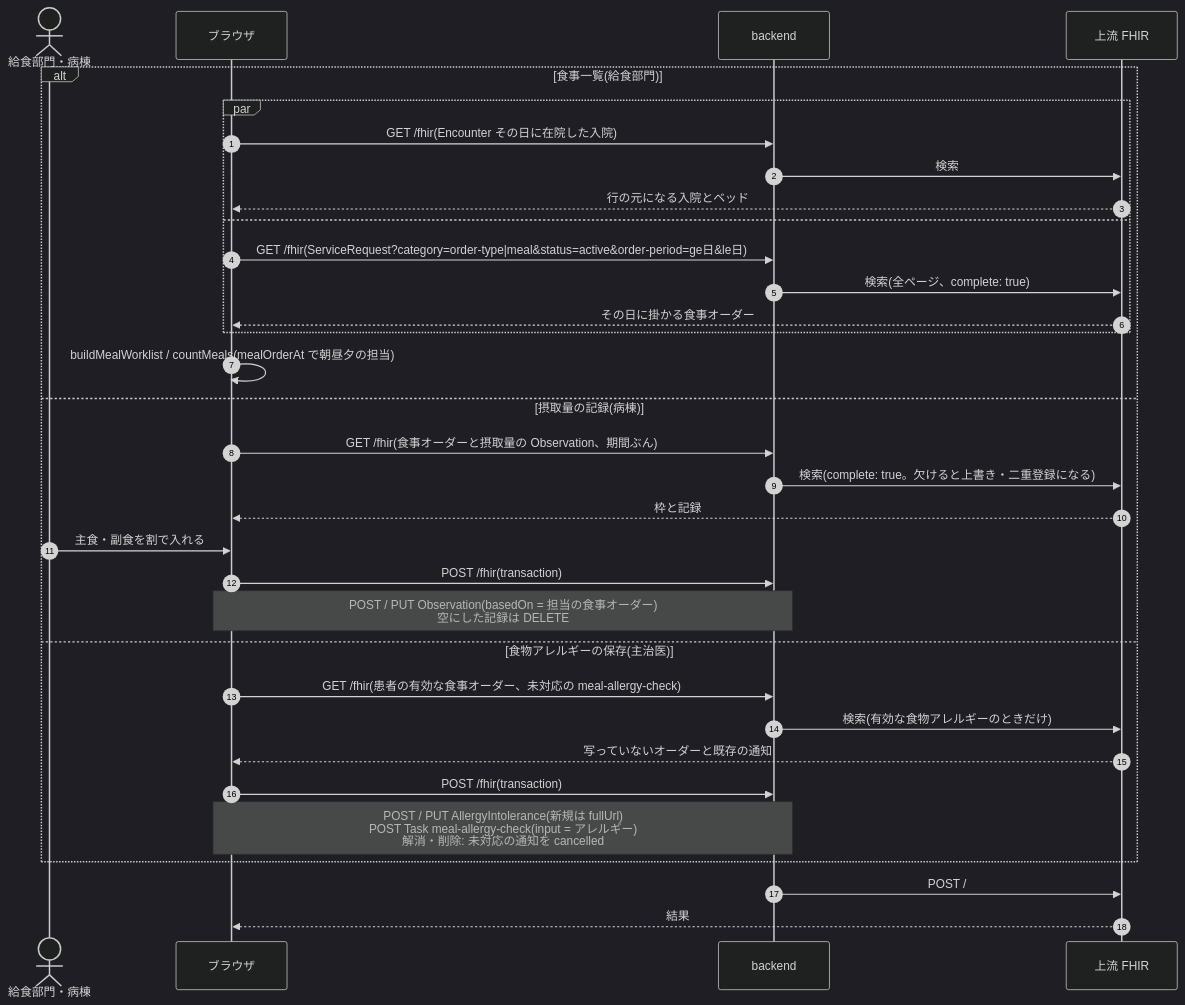
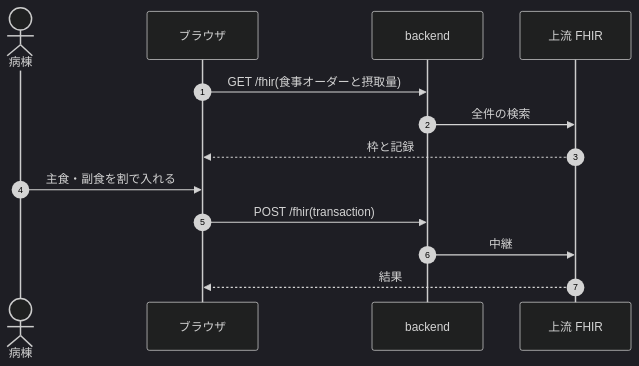
Before and after one commit to ysnr-dev/fhir-client-docs: the seventh of 8 diagrams in docs/dev/meal.md, drawn with Mermaid (dark theme). The commit also changed other lines of this file and 43 other files, not shown here.

Commit message:
docs: 業務フローとシーケンス図を写し直し

````diff
--- a/docs/dev/meal.md
+++ b/docs/dev/meal.md
@@ -161,36 +353,16 @@
 ```mermaid
 sequenceDiagram
   autonumber
-  actor K as 給食部門・病棟
+  actor Ward as 病棟
   participant UI as ブラウザ
   participant BE as backend
   participant FHIR as 上流 FHIR
 
-  alt 食事一覧(給食部門)
-    par
-      UI->>BE: GET /fhir(Encounter その日に在院した入院)
-      BE->>FHIR: 検索
-      FHIR-->>UI: 行の元になる入院とベッド
-    and
-      UI->>BE: GET /fhir(ServiceRequest?category=order-type|meal&status=active&order-period=ge日&le日)
-      BE->>FHIR: 検索(全ページ、complete: true)
-      FHIR-->>UI: その日に掛かる食事オーダー
-    end
-    UI->>UI: buildMealWorklist / countMeals(mealOrderAt で朝昼夕の担当)
-  else 摂取量の記録(病棟)
-    UI->>BE: GET /fhir(食事オーダーと摂取量の Observation、期間ぶん)
-    BE->>FHIR: 検索(complete: true。欠けると上書き・二重登録になる)
-    FHIR-->>UI: 枠と記録
-    K->>UI: 主食・副食を割で入れる
-    UI->>BE: POST /fhir(transaction)
-    Note over UI,BE: POST / PUT Observation(basedOn = 担当の食事オーダー)<br/>空にした記録は DELETE
-  else 食物アレルギーの保存(主治医)
-    UI->>BE: GET /fhir(患者の有効な食事オーダー、未対応の meal-allergy-check)
-    BE->>FHIR: 検索(有効な食物アレルギーのときだけ)
-    FHIR-->>UI: 写っていないオーダーと既存の通知
-    UI->>BE: POST /fhir(transaction)
-    Note over UI,BE: POST / PUT AllergyIntolerance(新規は fullUrl)<br/>POST Task meal-allergy-check(input = アレルギー)<br/>解消・削除: 未対応の通知を cancelled
-  end
-  BE->>FHIR: POST /
+  UI->>BE: GET /fhir(食事オーダーと摂取量)
+  BE->>FHIR: 全件の検索
+  FHIR-->>UI: 枠と記録
+  Ward->>UI: 主食・副食を割で入れる
+  UI->>BE: POST /fhir(transaction)
+  BE->>FHIR: 中継
   FHIR-->>UI: 結果
 ```
````
